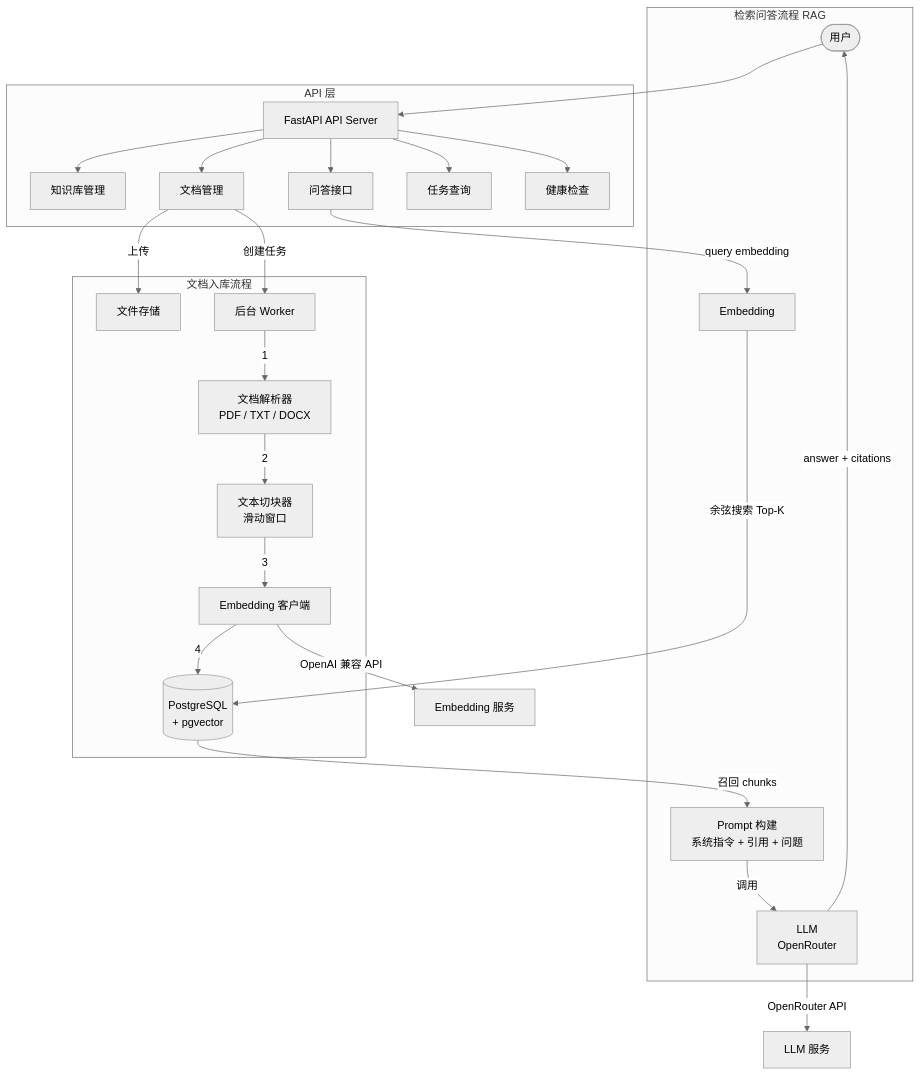
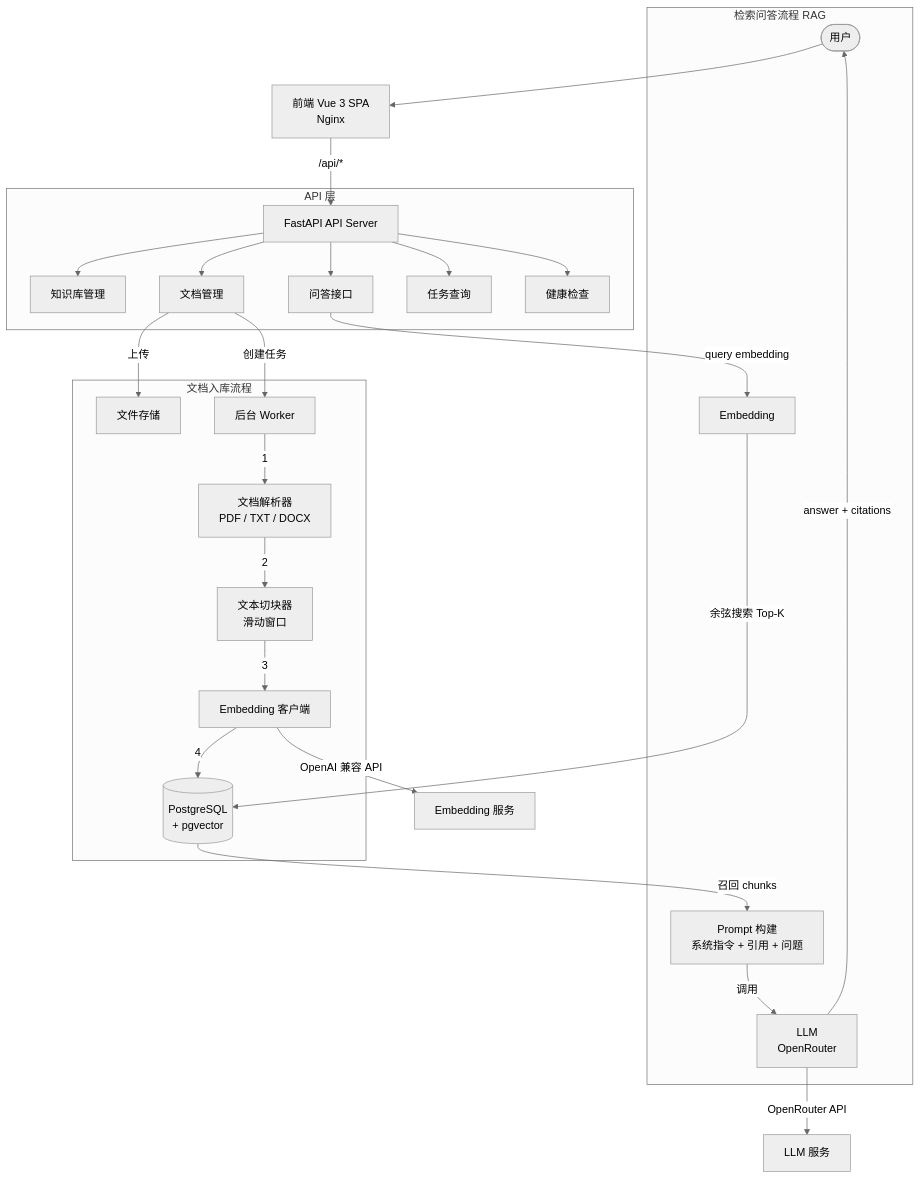
One commit to zhanghao1903/knowledgebase changed the first of 2 diagrams in README.md. Above: the diagram before and after it, drawn with Mermaid (neutral theme). The commit also changed other lines of this file and 25 other files, not shown here.

````diff
--- a/README.md
+++ b/README.md
@@ -23,32 +23,33 @@
 ```mermaid
 graph TB
-    User([用户]) --> API[FastAPI API Server]
+    User([用户]) --> FE[前端 Vue 3 SPA<br/>Nginx]
+    FE -->|/api/*| API[FastAPI API Server]
 
     subgraph "API 层"
         API --> KB[知识库管理]
         API --> DOC[文档管理]
         API --> QA[问答接口]
         API --> TASK[任务查询]
         API --> HEALTH[健康检查]
     end
 
     subgraph "文档入库流程"
         DOC -->|上传| STORE[文件存储]
         DOC -->|创建任务| WORKER[后台 Worker]
         WORKER -->|1| PARSER[文档解析器<br/>PDF / TXT / DOCX]
         PARSER -->|2| CHUNKER[文本切块器<br/>滑动窗口]
         CHUNKER -->|3| EMB[Embedding 客户端]
         EMB -->|4| PG[(PostgreSQL<br/>+ pgvector)]
     end
 
     subgraph "检索问答流程 RAG"
         QA -->|query embedding| EMB_Q[Embedding]
         EMB_Q -->|余弦搜索 Top-K| PG
         PG -->|召回 chunks| PROMPT[Prompt 构建<br/>系统指令 + 引用 + 问题]
         PROMPT -->|调用| LLM[LLM<br/>OpenRouter]
         LLM -->|answer + citations| User
     end
 
     EMB -->|OpenAI 兼容 API| EMB_SVC[Embedding 服务]
     LLM -->|OpenRouter API| LLM_SVC[LLM 服务]
 ```
````
